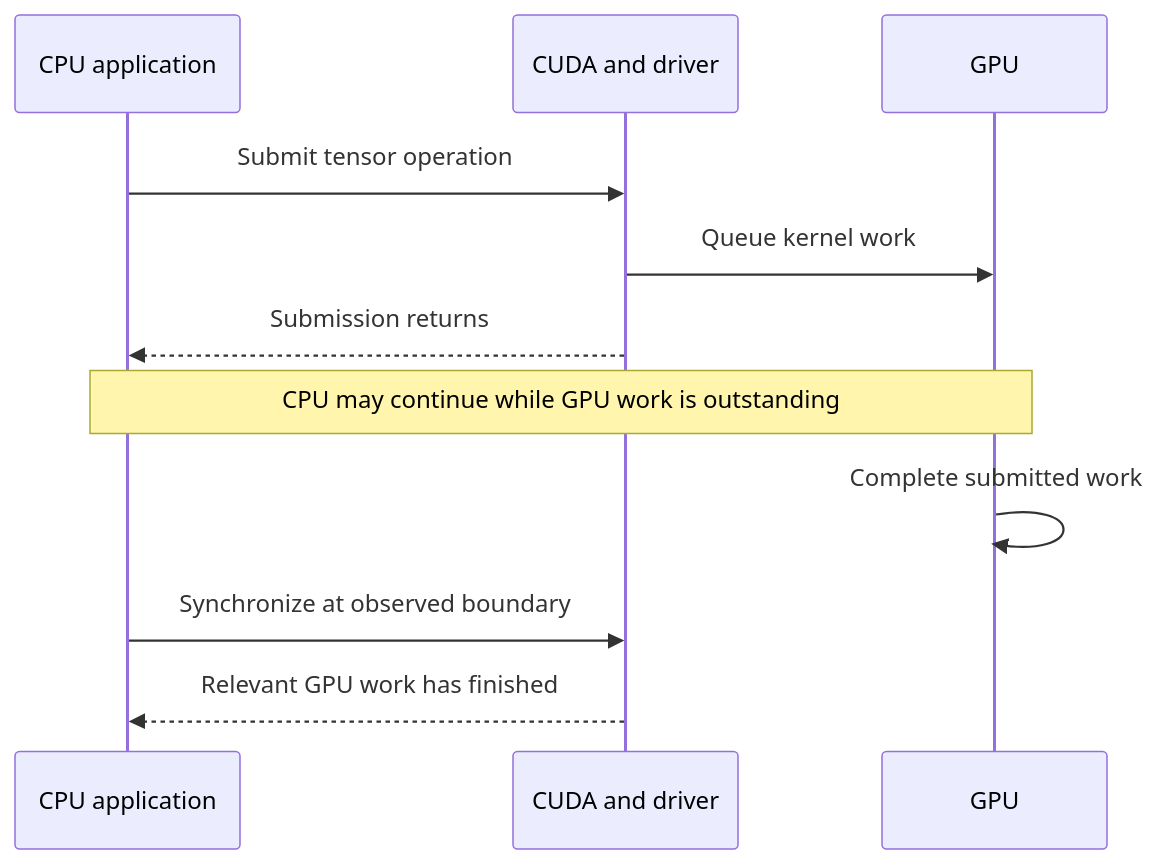
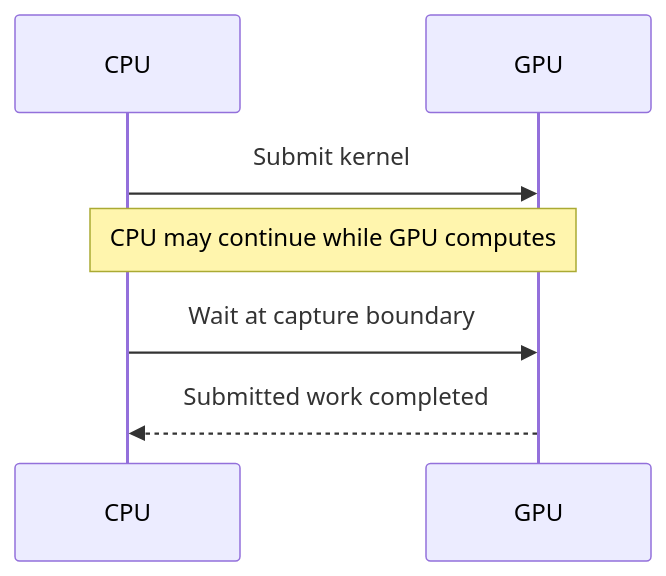
One commit to Akash-Suryawanshi/gpu-checkpointing changed the first of 2 diagrams in docs/02-gpu-checkpointing.md. Above: the diagram before and after it, drawn with Mermaid. The commit also changed other lines of this file and 2 other files, not shown here.

Commit message:
docs: shorten CPU GPU lessons and interactive walkthrough

````diff
--- a/docs/02-gpu-checkpointing.md
+++ b/docs/02-gpu-checkpointing.md
@@ -30,13 +32,9 @@
 ```mermaid
 sequenceDiagram
-    participant C as CPU application
-    participant D as CUDA and driver
+    participant C as CPU
     participant G as GPU
-    C->>D: Submit tensor operation
-    D->>G: Queue kernel work
-    D-->>C: Submission returns
-    Note over C,G: CPU may continue while GPU work is outstanding
-    G->>G: Complete submitted work
-    C->>D: Synchronize at observed boundary
-    D-->>C: Relevant GPU work has finished
+    C->>G: Submit kernel
+    Note over C,G: CPU may continue while GPU computes
+    C->>G: Wait at capture boundary
+    G-->>C: Submitted work completed
 ```
````
